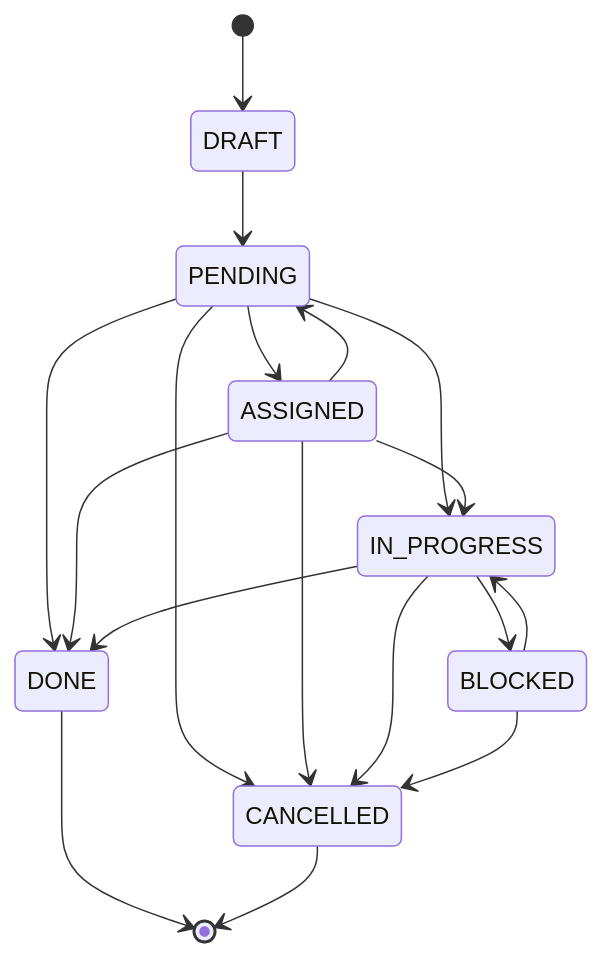
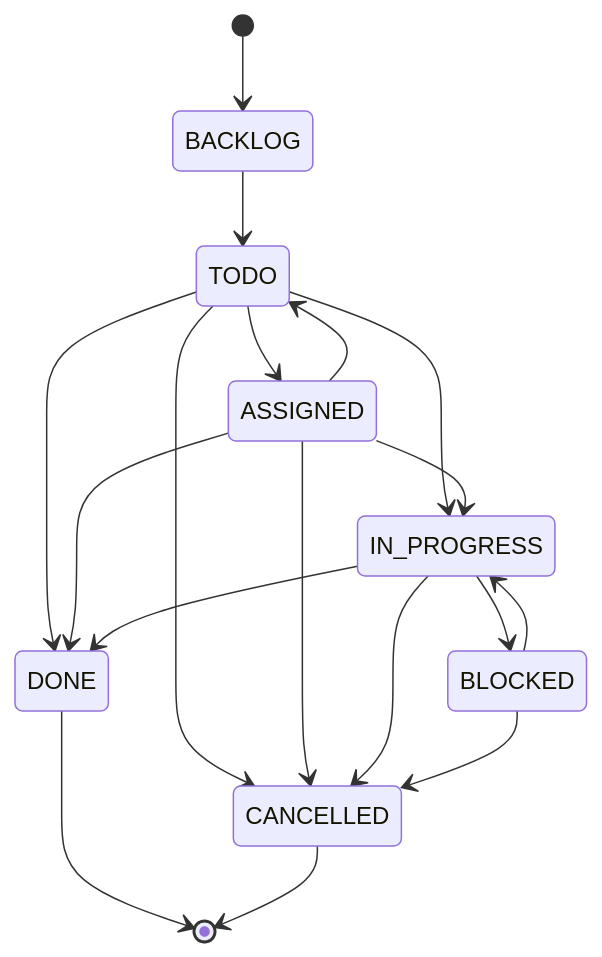
Before and after one commit to AgentTeamsRun/cli: the fourth of 5 diagrams in API-CLI-WORKFLOW.md, drawn with Mermaid. The commit also changed other lines of this file and 5 other files, not shown here.

First line of the commit message:
refactor: 플랜 상태 용어 변경 DRAFT→BACKLOG, PENDING→TODO (#479)

````diff
--- a/API-CLI-WORKFLOW.md
+++ b/API-CLI-WORKFLOW.md
@@ -288,26 +288,26 @@
 ```mermaid
 stateDiagram-v2
-  [*] --> DRAFT
+  [*] --> BACKLOG
 
-  DRAFT --> PENDING
+  BACKLOG --> TODO
 
-  PENDING --> ASSIGNED
-  PENDING --> IN_PROGRESS
-  PENDING --> DONE
-  PENDING --> CANCELLED
+  TODO --> ASSIGNED
+  TODO --> IN_PROGRESS
+  TODO --> DONE
+  TODO --> CANCELLED
 
-  ASSIGNED --> PENDING
+  ASSIGNED --> TODO
   ASSIGNED --> IN_PROGRESS
   ASSIGNED --> DONE
   ASSIGNED --> CANCELLED
 
   IN_PROGRESS --> DONE
   IN_PROGRESS --> BLOCKED
   IN_PROGRESS --> CANCELLED
 
   BLOCKED --> IN_PROGRESS
   BLOCKED --> CANCELLED
 
   DONE --> [*]
   CANCELLED --> [*]
 ```
````
